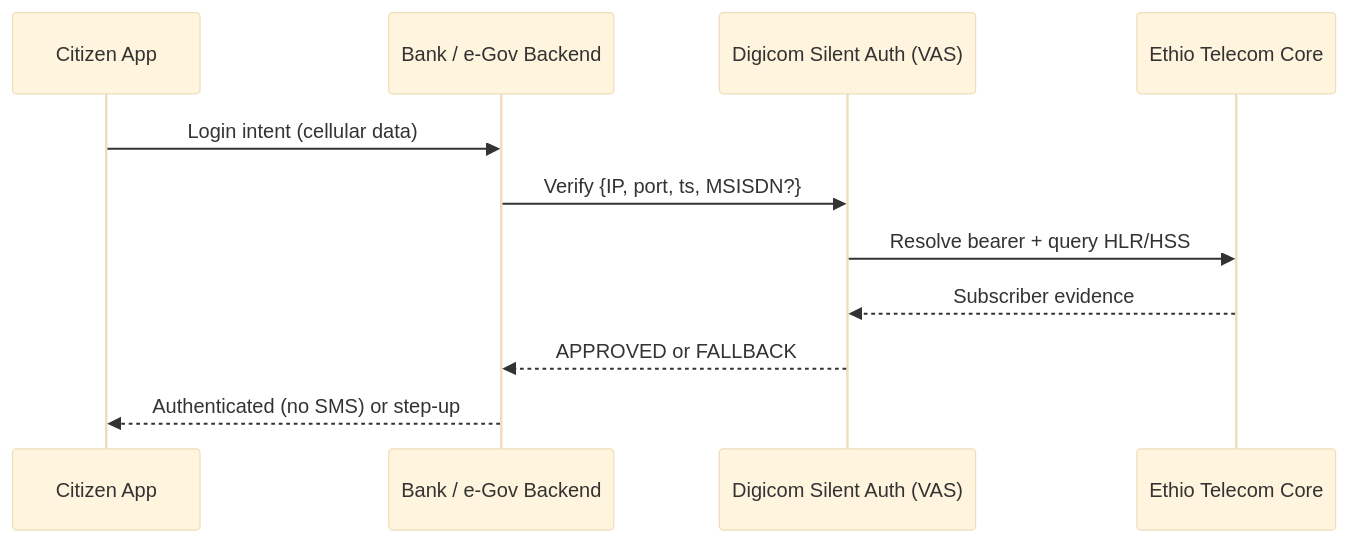
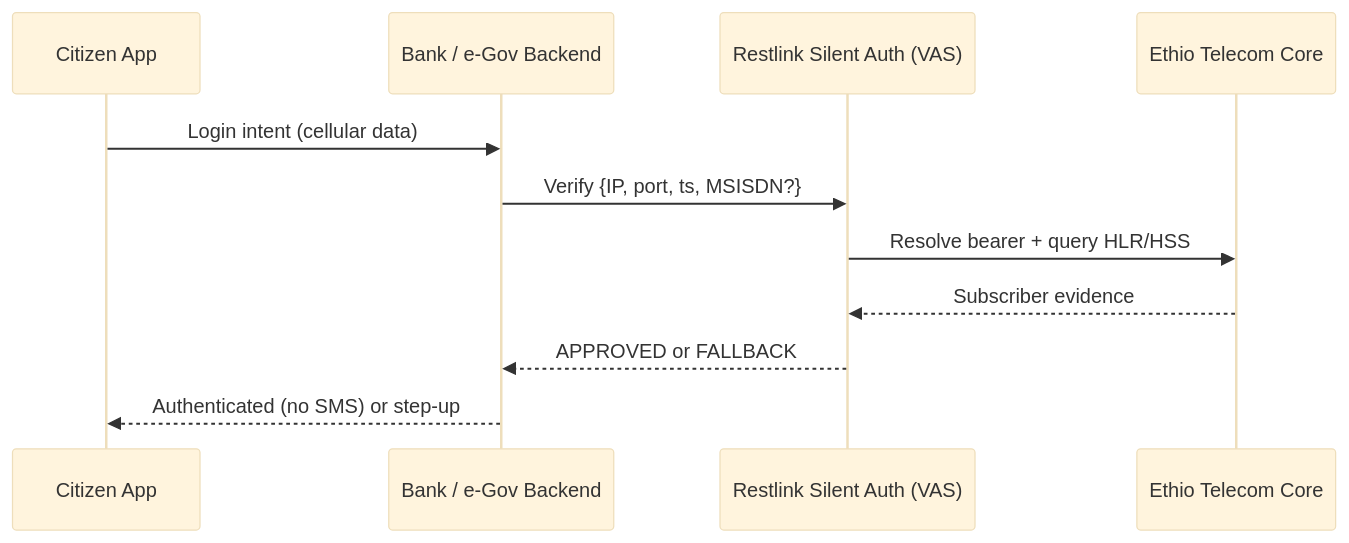
The diagram in proposal/chapters/01_executive_summary.md (nhanth87/silent-authentication), drawn with Mermaid (base theme) before and after one commit. The commit also changed other lines of this file and 27 other files, not shown here.

````diff
--- a/proposal/chapters/01_executive_summary.md
+++ b/proposal/chapters/01_executive_summary.md
@@ -40,13 +40,13 @@
 ```mermaid
 sequenceDiagram
     participant Citizen as Citizen App
     participant BE as Bank / e-Gov Backend
-    participant SAS as Digicom Silent Auth (VAS)
+    participant SAS as Restlink Silent Auth (VAS)
     participant ET as Ethio Telecom Core
     Citizen->>BE: Login intent (cellular data)
     BE->>SAS: Verify {IP, port, ts, MSISDN?}
     SAS->>ET: Resolve bearer + query HLR/HSS
     ET-->>SAS: Subscriber evidence
     SAS-->>BE: APPROVED or FALLBACK
     BE-->>Citizen: Authenticated (no SMS) or step-up
 ```
````
